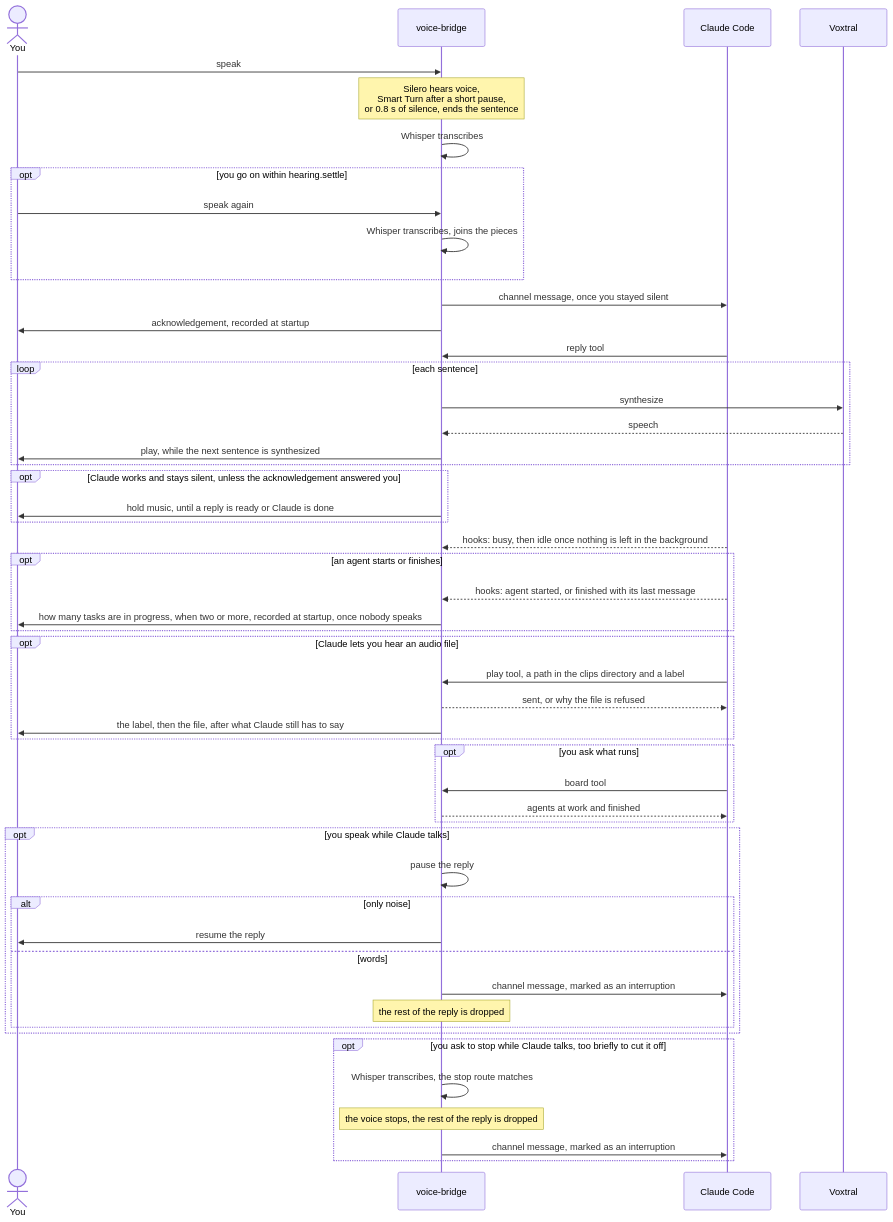
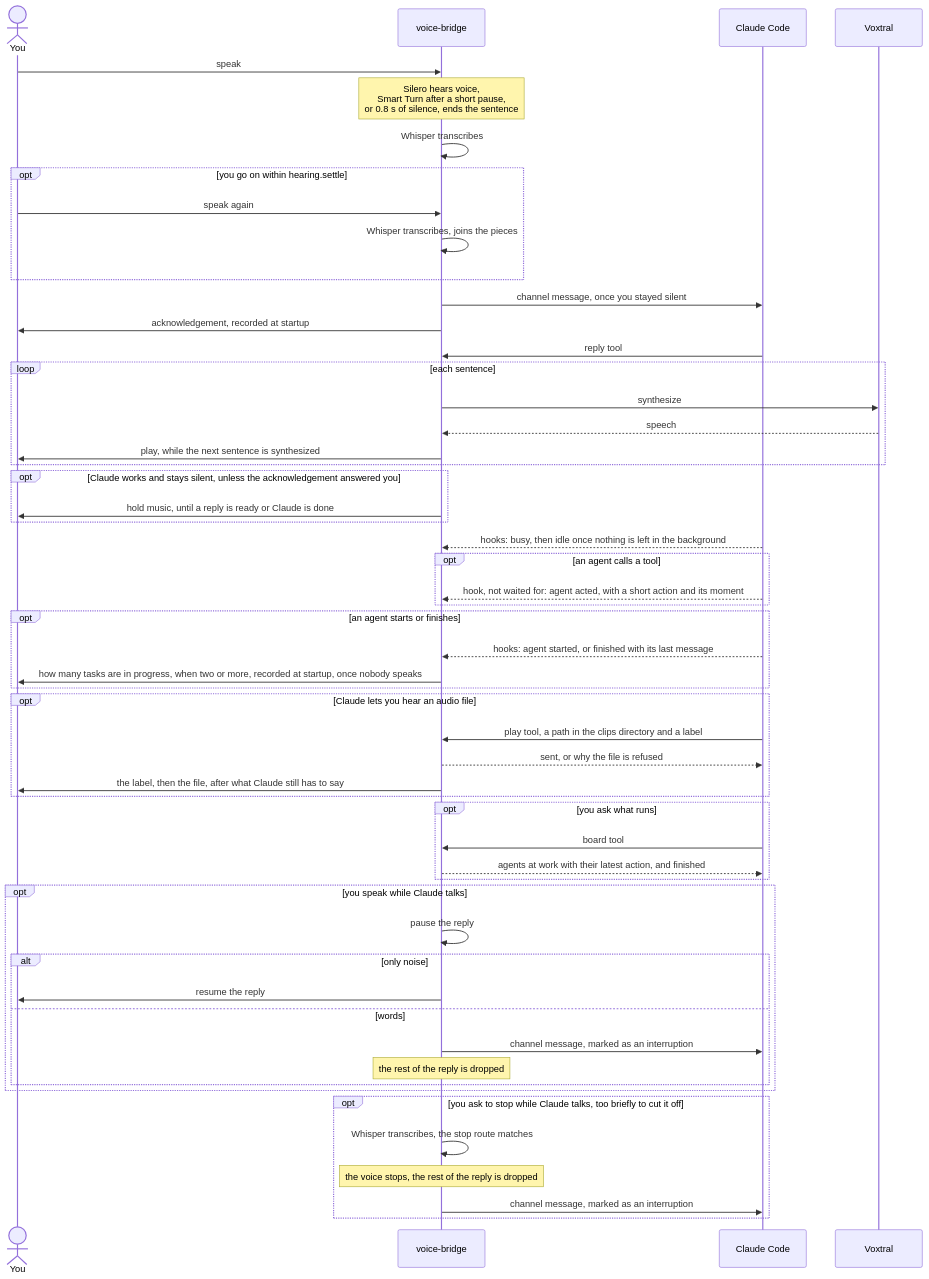
Before and after one commit to marc-gavanier/voice-bridge: the second of 3 diagrams in README.md, drawn with Mermaid. The commit also changed other lines of this file and 1 other file, not shown here.

First line of the commit message:
docs: record that the board tells each agent's latest action

````diff
--- a/README.md
+++ b/README.md
@@ -51,54 +51,57 @@
 ```mermaid
 sequenceDiagram
     actor you as You
     participant bridge as voice-bridge
     participant claude as Claude Code
     participant voxtral as Voxtral
 
     you->>bridge: speak
     Note over bridge: Silero hears voice,<br/>Smart Turn after a short pause,<br/>or 0.8 s of silence, ends the sentence
     bridge->>bridge: Whisper transcribes
     opt you go on within hearing.settle
         you->>bridge: speak again
         bridge->>bridge: Whisper transcribes, joins the pieces
     end
     bridge->>claude: channel message, once you stayed silent
     bridge->>you: acknowledgement, recorded at startup
     claude->>bridge: reply tool
     loop each sentence
         bridge->>voxtral: synthesize
         voxtral-->>bridge: speech
         bridge->>you: play, while the next sentence is synthesized
     end
     opt Claude works and stays silent, unless the acknowledgement answered you
         bridge->>you: hold music, until a reply is ready or Claude is done
     end
     claude-->>bridge: hooks: busy, then idle once nothing is left in the background
+    opt an agent calls a tool
+        claude-->>bridge: hook, not waited for: agent acted, with a short action and its moment
+    end
     opt an agent starts or finishes
         claude-->>bridge: hooks: agent started, or finished with its last message
         bridge->>you: how many tasks are in progress, when two or more, recorded at startup, once nobody speaks
     end
     opt Claude lets you hear an audio file
         claude->>bridge: play tool, a path in the clips directory and a label
         bridge-->>claude: sent, or why the file is refused
         bridge->>you: the label, then the file, after what Claude still has to say
     end
     opt you ask what runs
         claude->>bridge: board tool
-        bridge-->>claude: agents at work and finished
+        bridge-->>claude: agents at work with their latest action, and finished
     end
     opt you speak while Claude talks
         bridge->>bridge: pause the reply
         alt only noise
             bridge->>you: resume the reply
         else words
             bridge->>claude: channel message, marked as an interruption
             Note over bridge: the rest of the reply is dropped
         end
     end
     opt you ask to stop while Claude talks, too briefly to cut it off
         bridge->>bridge: Whisper transcribes, the stop route matches
         Note over bridge: the voice stops, the rest of the reply is dropped
         bridge->>claude: channel message, marked as an interruption
     end
 ```
````
